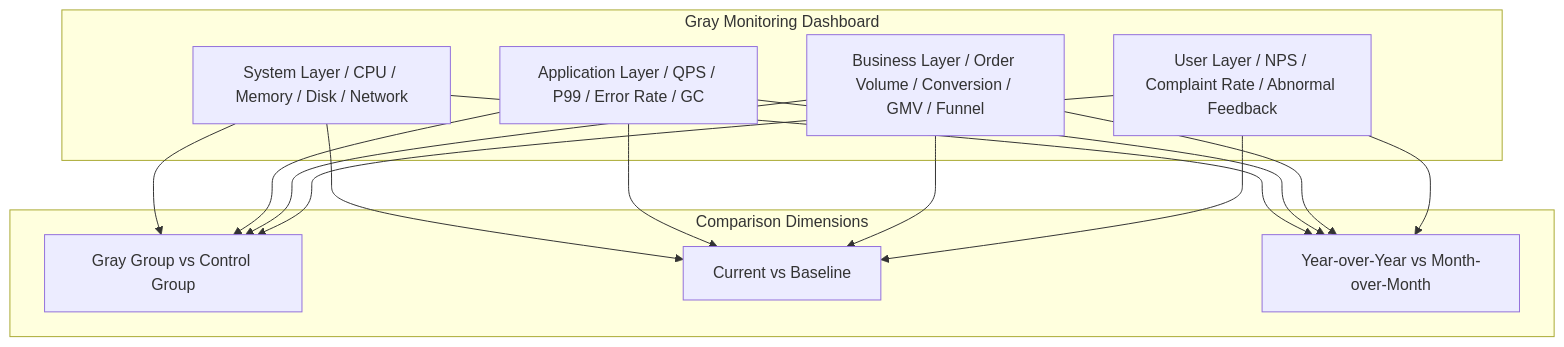
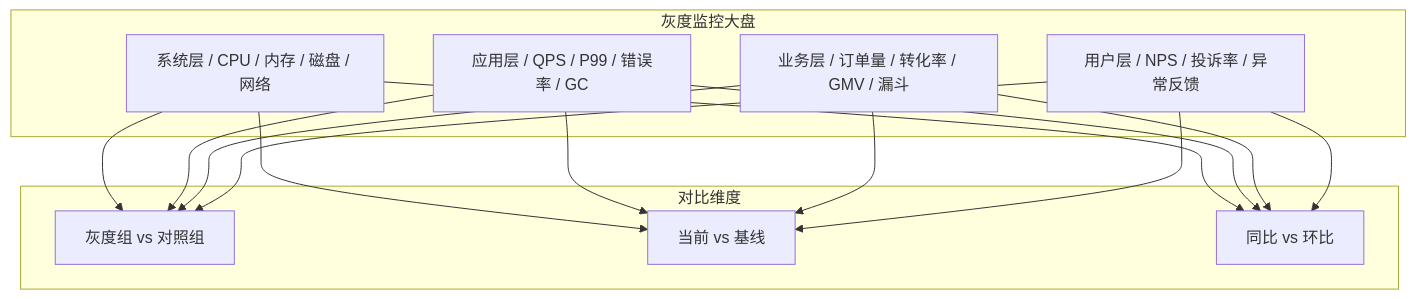
One commit to Kirky-X/cangjie changed the seventh of 9 diagrams in templates/Product/Delivery/Template-Canary-Plan.md. Above: the diagram before and after it, drawn with Mermaid. The commit also changed other lines of this file and 33 other files, not shown here.

````diff
--- a/templates/Product/Delivery/Template-Canary-Plan.md
+++ b/templates/Product/Delivery/Template-Canary-Plan.md
@@ -343,28 +343,28 @@
 ```mermaid
 graph TB
-    subgraph "Gray Monitoring Dashboard"
-        M1["System Layer / CPU / Memory / Disk / Network"]
-        M2["Application Layer / QPS / P99 / Error Rate / GC"]
-        M3["Business Layer / Order Volume / Conversion / GMV / Funnel"]
-        M4["User Layer / NPS / Complaint Rate / Abnormal Feedback"]
+    subgraph "灰度监控大盘"
+        M1["系统层 / CPU / 内存 / 磁盘 / 网络"]
+        M2["应用层 / QPS / P99 / 错误率 / GC"]
+        M3["业务层 / 订单量 / 转化率 / GMV / 漏斗"]
+        M4["用户层 / NPS / 投诉率 / 异常反馈"]
     end
 
-    subgraph "Comparison Dimensions"
-        C1["Gray Group vs Control Group"]
-        C2["Current vs Baseline"]
-        C3["Year-over-Year vs Month-over-Month"]
+    subgraph "对比维度"
+        C1["灰度组 vs 对照组"]
+        C2["当前 vs 基线"]
+        C3["同比 vs 环比"]
     end
 
     M1 --> C1
     M2 --> C1
     M3 --> C1
     M4 --> C1
     M1 --> C2
     M2 --> C2
     M3 --> C2
     M4 --> C2
     M1 --> C3
     M2 --> C3
     M3 --> C3
     M4 --> C3
 ```
````
